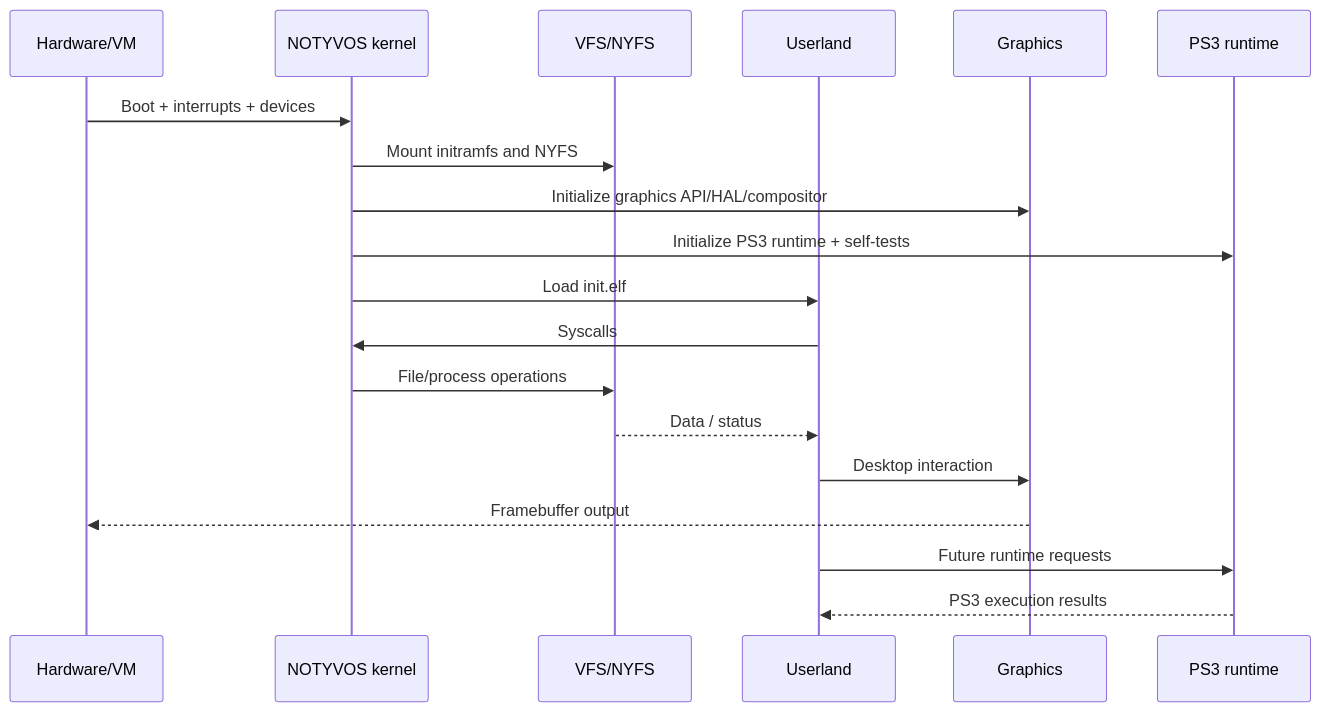
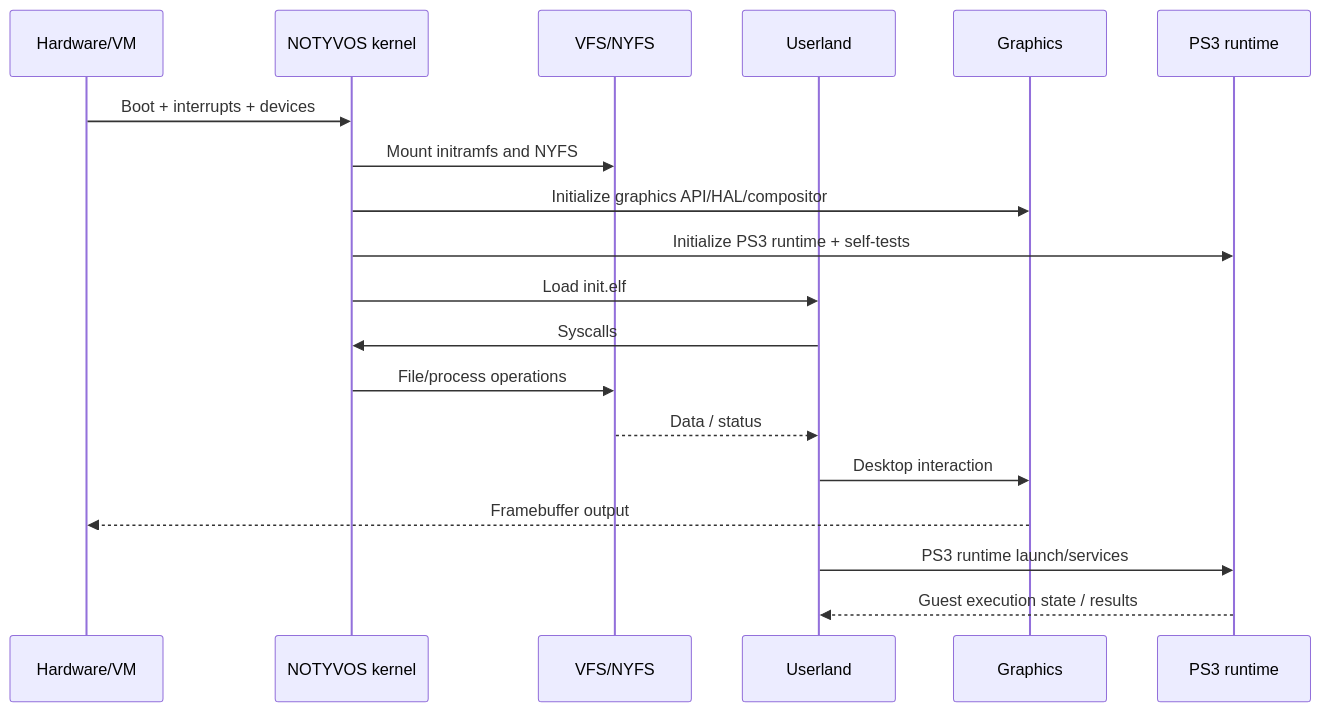
One commit to NotY215/NotYVOS changed diagram 42 of 44 in docs/data flow.md. Above: the diagram before and after it, drawn with Mermaid. The commit also changed other lines of this file, not shown here.

Commit message:
docs: update data flow status and graphs

````diff
--- a/docs/data flow.md
+++ b/docs/data flow.md
@@ -631,22 +631,22 @@
 ```mermaid
 sequenceDiagram
     participant HW as Hardware/VM
     participant K as NOTYVOS kernel
     participant V as VFS/NYFS
     participant U as Userland
     participant G as Graphics
     participant R as PS3 runtime
 
     HW->>K: Boot + interrupts + devices
     K->>V: Mount initramfs and NYFS
     K->>G: Initialize graphics API/HAL/compositor
     K->>R: Initialize PS3 runtime + self-tests
     K->>U: Load init.elf
     U->>K: Syscalls
     K->>V: File/process operations
     V-->>U: Data / status
     U->>G: Desktop interaction
     G-->>HW: Framebuffer output
-    U->>R: Future runtime requests
-    R-->>U: PS3 execution results
+    U->>R: PS3 runtime launch/services
+    R-->>U: Guest execution state / results
 ```
````
